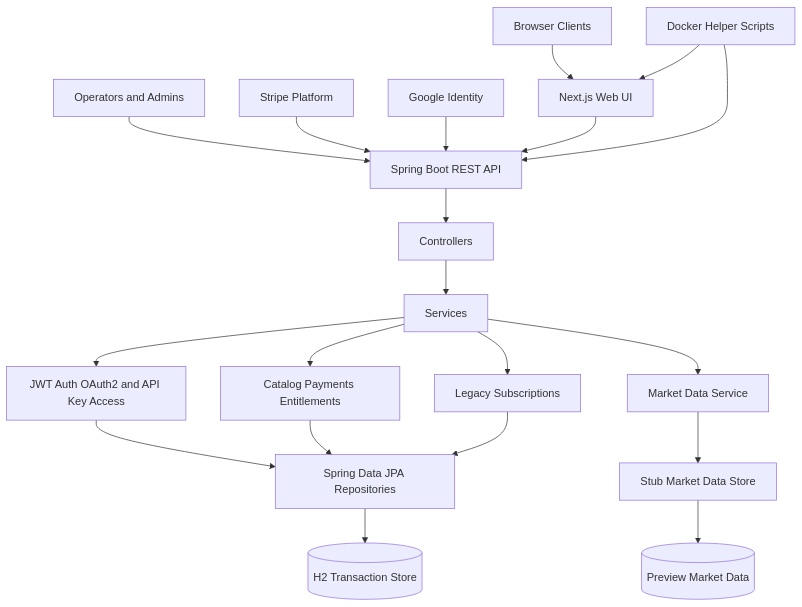
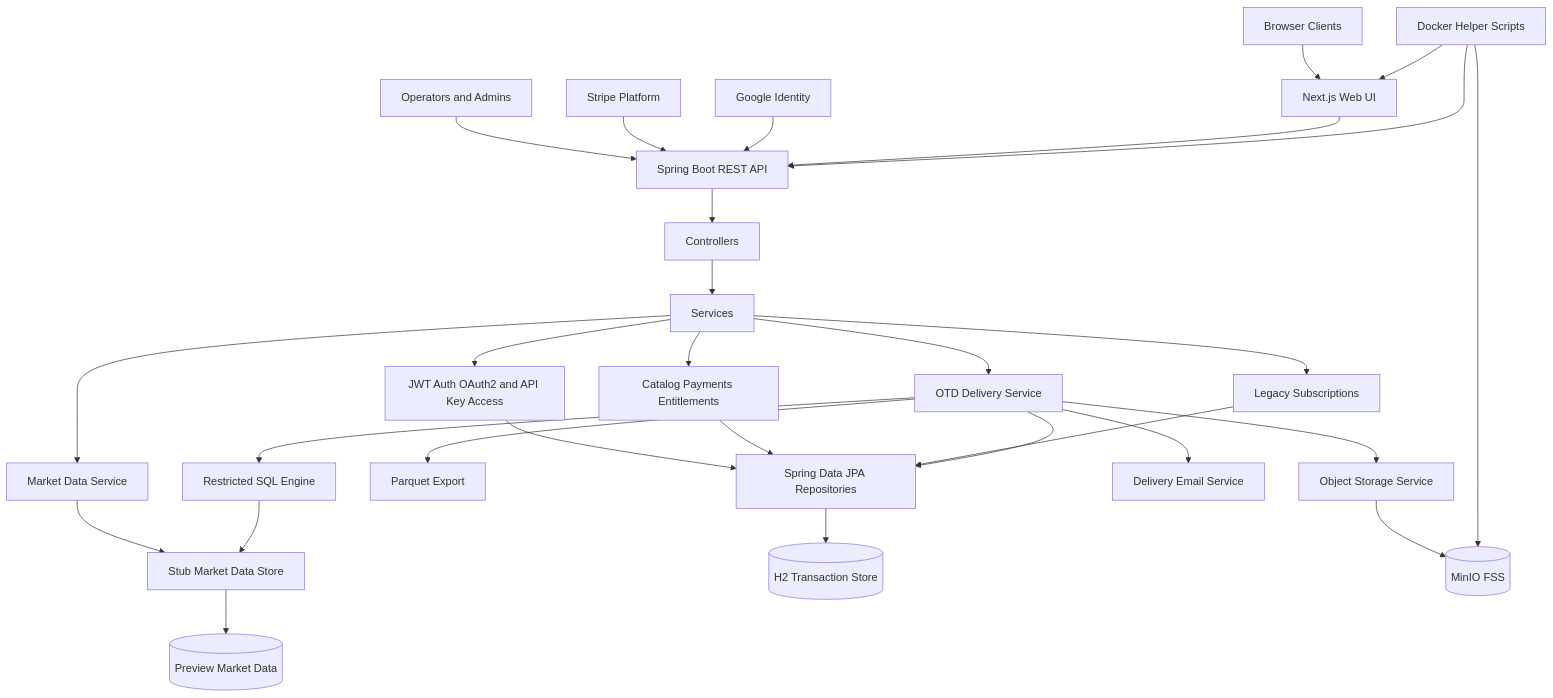
Before and after one commit to khab40/spring-boot-java-refresh: the diagram in docs/diagrams/architecture-overview.md, drawn with Mermaid. The commit also changed 30 other files, not shown here.

Commit message:
feat: add otd delivery workflow coverage and architecture records

````diff
--- a/docs/diagrams/architecture-overview.md
+++ b/docs/diagrams/architecture-overview.md
@@ -7,22 +7,31 @@
 ```mermaid
 graph TB
     Client[Browser Clients] --> Next[Next.js Web UI]
     Admin[Operators and Admins] --> Api
     Stripe[Stripe Platform] --> Api
     Google[Google Identity] --> Api
     Next --> Api[Spring Boot REST API]
     Api --> Controllers[Controllers]
     Controllers --> Services[Services]
     Services --> Security[JWT Auth OAuth2 and API Key Access]
     Services --> Commerce[Catalog Payments Entitlements]
     Services --> Market[Market Data Service]
+    Services --> OTD[OTD Delivery Service]
     Services --> Legacy[Legacy Subscriptions]
+    OTD --> SQL[Restricted SQL Engine]
+    OTD --> Export[Parquet Export]
+    OTD --> ObjectStore[Object Storage Service]
+    OTD --> Mail[Delivery Email Service]
     Security --> Repositories[Spring Data JPA Repositories]
     Commerce --> Repositories
     Legacy --> Repositories
+    OTD --> Repositories
     Market --> StubStore[Stub Market Data Store]
+    SQL --> StubStore
     StubStore --> Preview[(Preview Market Data)]
     Repositories --> H2[(H2 Transaction Store)]
+    ObjectStore --> MinIO[(MinIO FSS)]
     Scripts[Docker Helper Scripts] --> Api
     Scripts --> Next
+    Scripts --> MinIO
 ```
````
